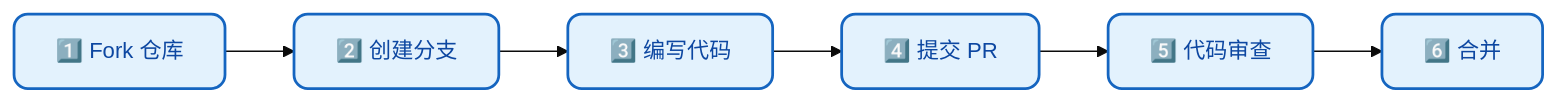
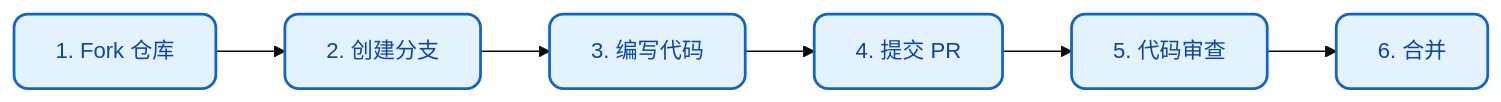
One commit to xt765/FinchBot changed the first of 3 diagrams in docs/zh-CN/contributing.md. Above: the diagram before and after it, drawn with Mermaid (base theme). The commit also changed other lines of this file and 18 other files, not shown here.

First line of the commit message:
docs: 简化架构图并删除所有mermaid图中的表情包

````diff
--- a/docs/zh-CN/contributing.md
+++ b/docs/zh-CN/contributing.md
@@ -20,11 +20,10 @@
 ```mermaid
 flowchart LR
-    %% 样式定义
     classDef step fill:#e3f2fd,stroke:#1565c0,stroke-width:2px,color:#0d47a1,rx:10,ry:10;
 
-    A["1️⃣ Fork 仓库"]:::step --> B["2️⃣ 创建分支"]:::step
-    B --> C["3️⃣ 编写代码"]:::step
-    C --> D["4️⃣ 提交 PR"]:::step
-    D --> E["5️⃣ 代码审查"]:::step
-    E --> F["6️⃣ 合并"]:::step
+    A["1. Fork 仓库"]:::step --> B["2. 创建分支"]:::step
+    B --> C["3. 编写代码"]:::step
+    C --> D["4. 提交 PR"]:::step
+    D --> E["5. 代码审查"]:::step
+    E --> F["6. 合并"]:::step
 ```
````
